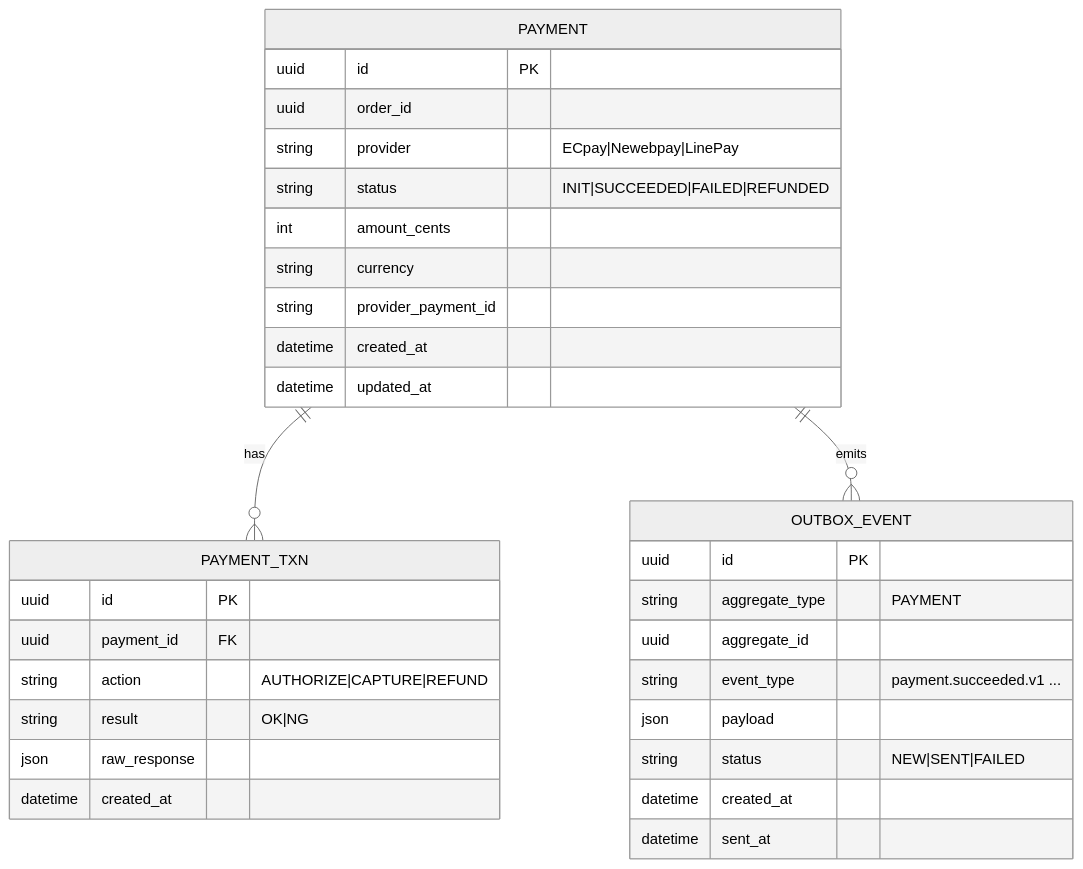
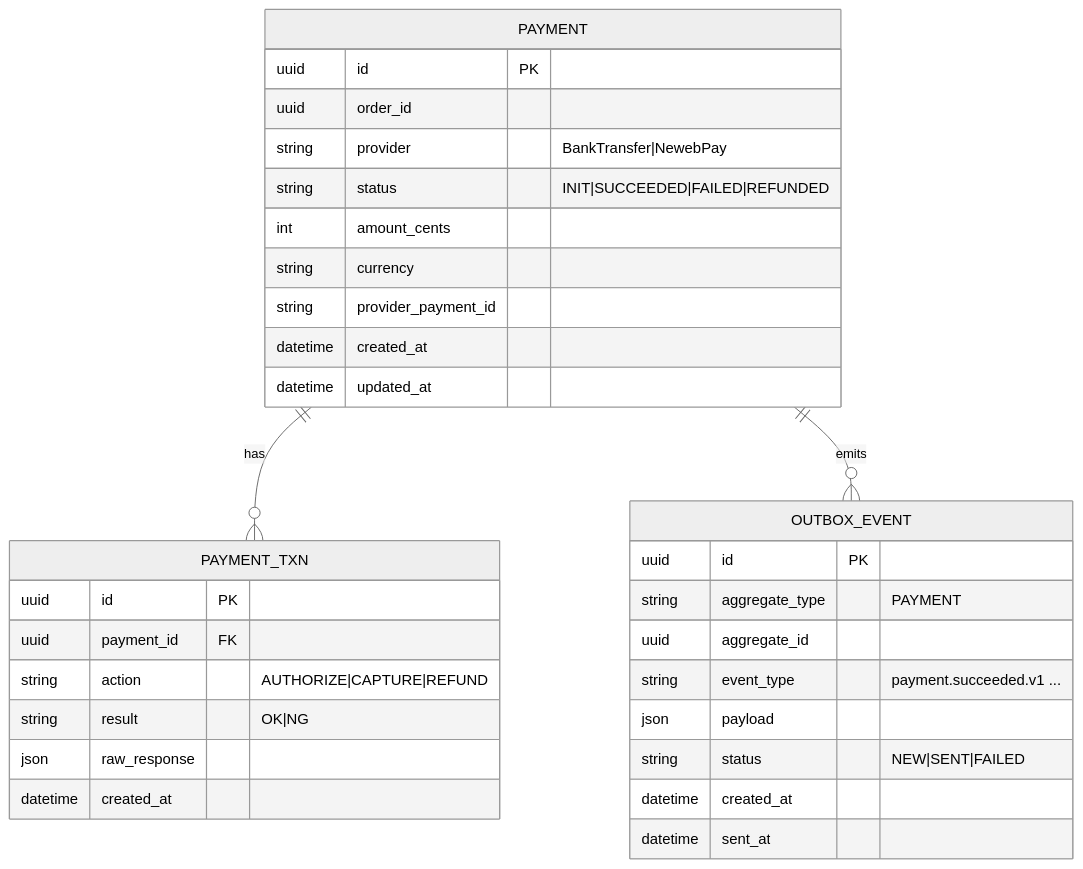
The fourth of 8 diagrams in docs/ER Model/product_service.md (wayne2743/merdeleine-commerce), drawn with Mermaid (neutral theme) before and after one commit. The commit also changed 63 other files, not shown here.

Commit message:
add newebpay pay and refund function

````diff
--- a/docs/ER Model/product_service.md
+++ b/docs/ER Model/product_service.md
@@ -121,37 +121,37 @@
 ```mermaid
 erDiagram
   PAYMENT ||--o{ PAYMENT_TXN : has
   PAYMENT ||--o{ OUTBOX_EVENT : emits
 
   PAYMENT {
     uuid id PK
     uuid order_id
-    string provider "ECpay|Newebpay|LinePay"
+    string provider "BankTransfer|NewebPay"
     string status "INIT|SUCCEEDED|FAILED|REFUNDED"
     int amount_cents
     string currency
     string provider_payment_id
     datetime created_at
     datetime updated_at
   }
 
   PAYMENT_TXN {
     uuid id PK
     uuid payment_id FK
     string action "AUTHORIZE|CAPTURE|REFUND"
     string result "OK|NG"
     json raw_response
     datetime created_at
   }
 
   OUTBOX_EVENT {
     uuid id PK
     string aggregate_type "PAYMENT"
     uuid aggregate_id
     string event_type "payment.succeeded.v1 ..."
     json payload
     string status "NEW|SENT|FAILED"
     datetime created_at
     datetime sent_at
   }
 ```
````
